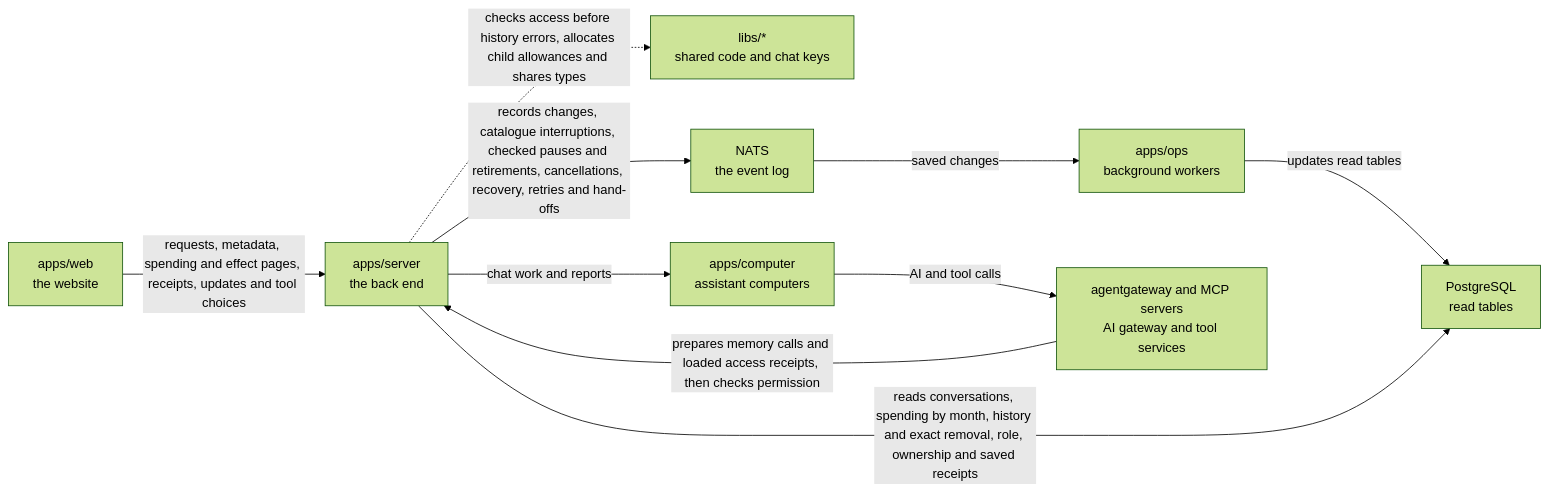
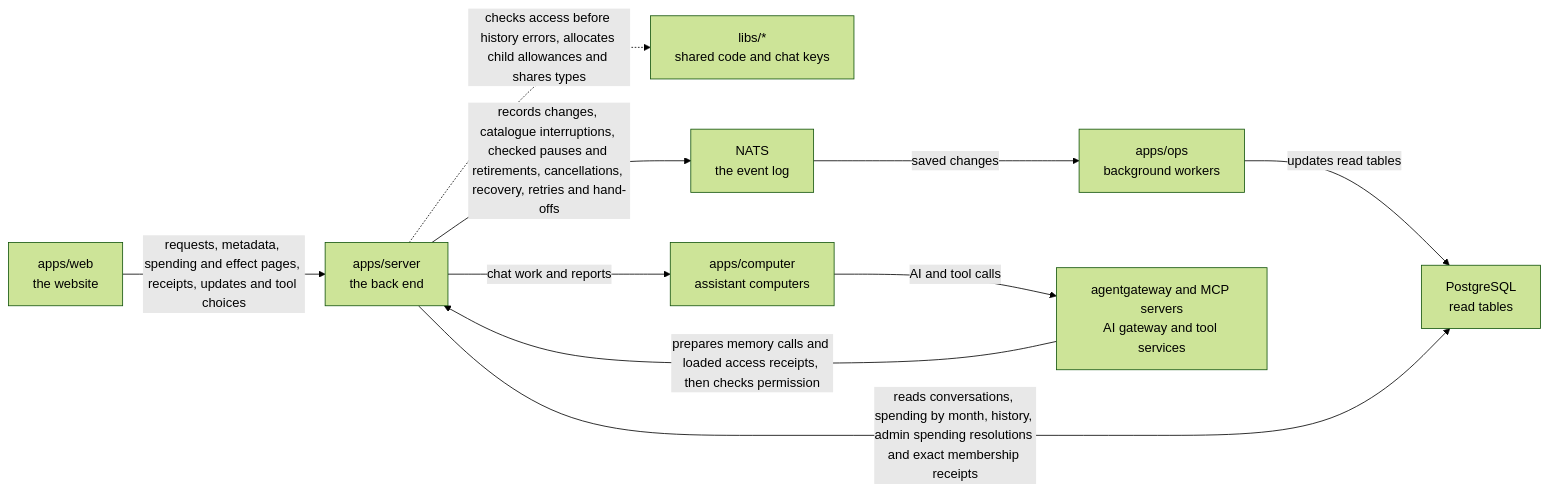
The diagram in apps/server/README.md (elewa-git/opencrane-new), drawn with Mermaid (forest theme) before and after one commit. The commit also changed other lines of this file and 11 other files, not shown here.

````diff
--- a/apps/server/README.md
+++ b/apps/server/README.md
@@ -54,12 +57,12 @@
 ```mermaid
 flowchart LR
   web["apps/web<br/>the website"] -->|requests, metadata, spending and effect pages, receipts, updates and tool choices| server["apps/server<br/>the back end"]
   server -.->|checks access before history errors, allocates child allowances and shares types| libs["libs/*<br/>shared code and chat keys"]
   server -->|records changes, catalogue interruptions, checked pauses and retirements, cancellations, recovery, retries and hand-offs| nats["NATS<br/>the event log"]
   nats -->|saved changes| ops["apps/ops<br/>background workers"]
   ops -->|updates read tables| postgres["PostgreSQL<br/>read tables"]
-  server -->|reads conversations, spending by month, history and exact removal, role, ownership and saved receipts| postgres
+  server -->|reads conversations, spending by month, history, admin spending resolutions and exact membership receipts| postgres
   server -->|chat work and reports| computer["apps/computer<br/>assistant computers"]
   computer -->|AI and tool calls| runtime["agentgateway and MCP servers<br/>AI gateway and tool services"]
   runtime -->|prepares memory calls and loaded access receipts, then checks permission| server
 ```
````
